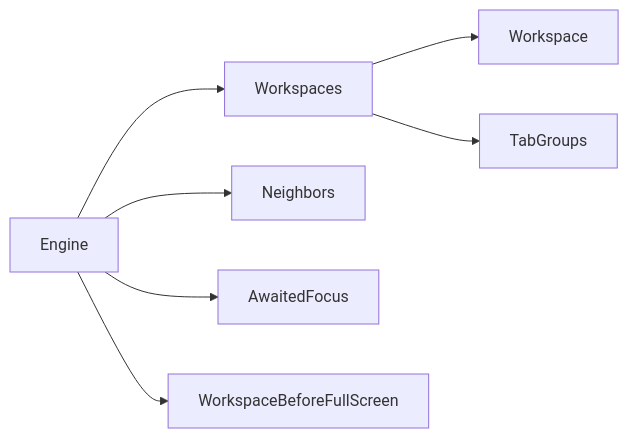
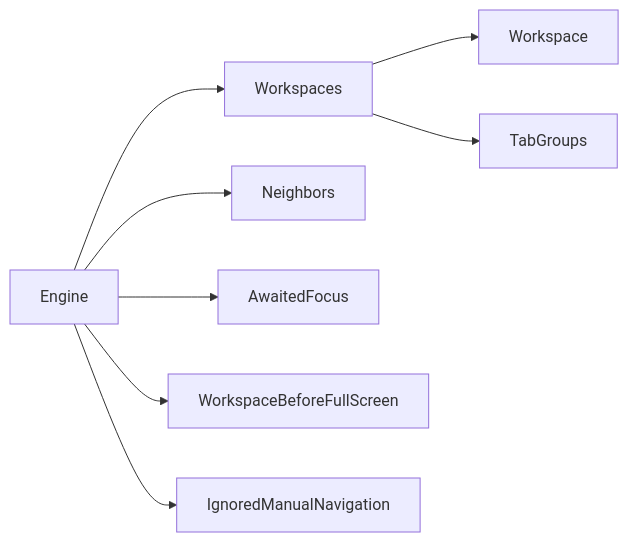
Before and after one commit to brennovich/ottowm: the fourth of 17 diagrams in ARCHITECTURE.md, drawn with Mermaid. The commit also changed other lines of this file and 4 other files, not shown here.

````diff
--- a/ARCHITECTURE.md
+++ b/ARCHITECTURE.md
@@ -102,9 +103,10 @@
 ```mermaid
 flowchart LR
     Engine --> Workspaces
     Engine --> Neighbors
     Engine --> AwaitedFocus
     Engine --> WorkspaceBeforeFullScreen
+    Engine --> IgnoredManualNavigation
     Workspaces --> Workspace
     Workspaces --> TabGroups
 ```
````
